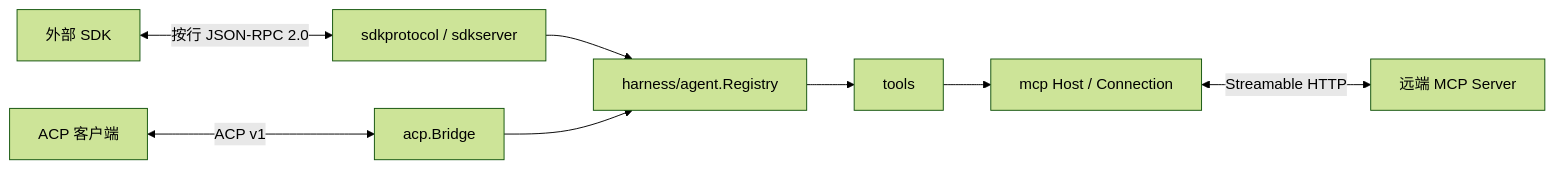
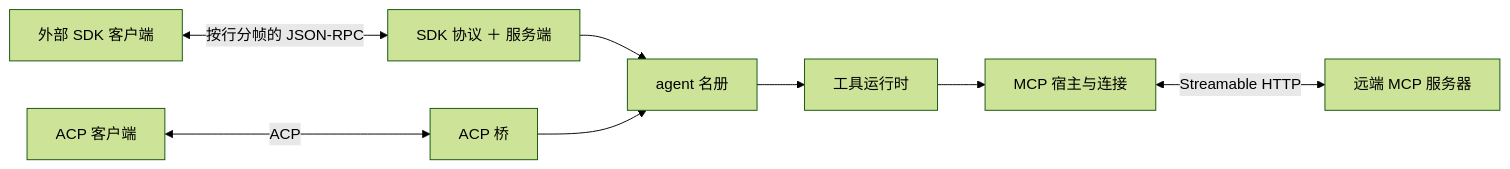
One commit to snight1983/ds-harness-go changed the sixth of 41 diagrams in docs/modules/protocol.md. Above: the diagram before and after it, drawn with Mermaid (forest theme). The commit also changed other lines of this file and 43 other files, not shown here.

Commit message:
docs: 图解架构与模块设计

````diff
--- a/docs/modules/protocol.md
+++ b/docs/modules/protocol.md
@@ -21,10 +59,10 @@
 ```mermaid
 flowchart LR
-    SDKClient["外部 SDK"] <-->|"按行 JSON-RPC 2.0"| SDK["sdkprotocol / sdkserver"]
-    ACPClient["ACP 客户端"] <-->|"ACP v1"| ACP["acp.Bridge"]
-    SDK --> Agents["harness/agent.Registry"]
+    SDKClient["外部 SDK 客户端"] <-->|"按行分帧的 JSON-RPC"| SDK["SDK 协议 ＋ 服务端"]
+    ACPClient["ACP 客户端"] <-->|"ACP"| ACP["ACP 桥"]
+    SDK --> Agents["agent 名册"]
     ACP --> Agents
-    Agents --> Tools["tools"]
-    Tools --> MCP["mcp Host / Connection"]
-    MCP <-->|"Streamable HTTP"| MCPServer["远端 MCP Server"]
+    Agents --> Tools["工具运行时"]
+    Tools --> MCP["MCP 宿主与连接"]
+    MCP <-->|"Streamable HTTP"| MCPServer["远端 MCP 服务器"]
 ```
````
